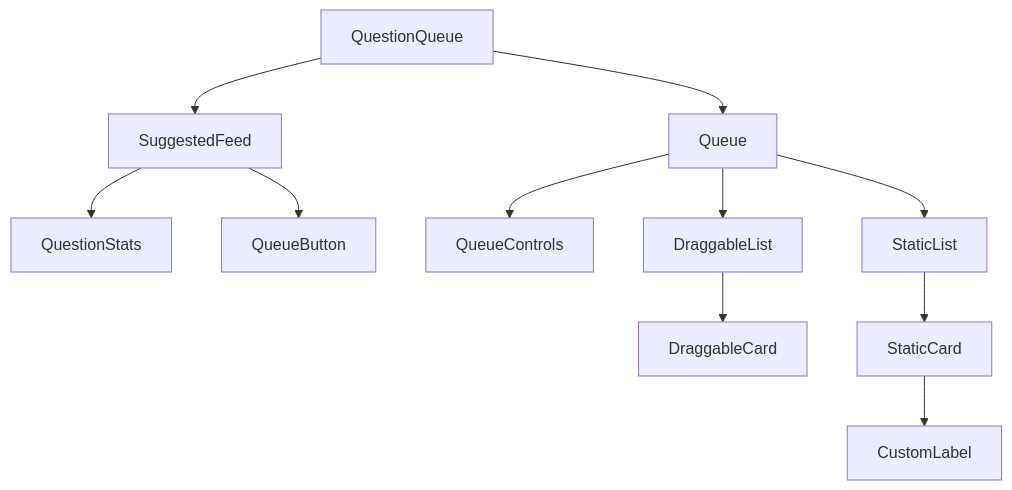
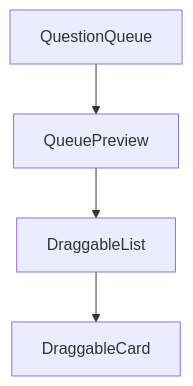
The diagram in src/domains/Questions/QuestionQueue/docs.md (c2c-project/prytaneum), drawn with Mermaid before and after one commit. The commit also changed 20 other files, not shown here.

Commit message:
major overhaul to question queue design

````diff
--- a/src/domains/Questions/QuestionQueue/docs.md
+++ b/src/domains/Questions/QuestionQueue/docs.md
@@ -5,13 +5,6 @@
 ```mermaid
 graph TD
-QuestionQueue-->Queue
-QuestionQueue-->SuggestedFeed
-SuggestedFeed-->QuestionStats
-SuggestedFeed-->QueueButton
-Queue-->QueueControls
-Queue-->DraggableList
-Queue-->StaticList
+QuestionQueue-->QueuePreview
+QueuePreview-->DraggableList
 DraggableList-->DraggableCard
-StaticList-->StaticCard
-StaticCard-->CustomLabel
 ```
````
